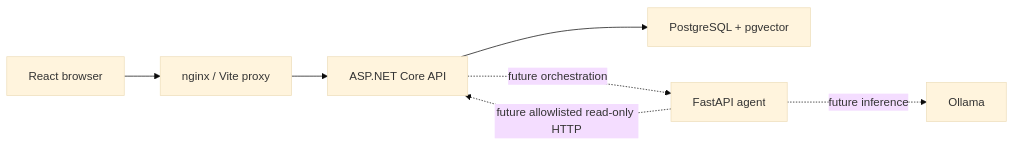
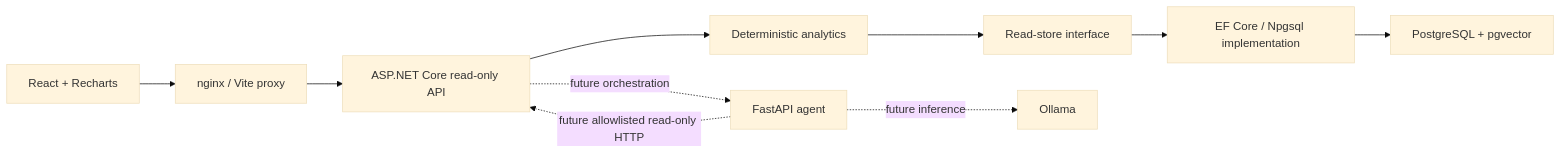
One commit to enming73/ai-manufacturing-assistant changed the diagram in docs/architecture.md. Above: the diagram before and after it, drawn with Mermaid (base theme). The commit also changed other lines of this file and 46 other files, not shown here.

Commit message:
feat: add production analytics API and quality dashboard

````diff
--- a/docs/architecture.md
+++ b/docs/architecture.md
@@ -3,9 +3,12 @@
 ```mermaid
 flowchart LR
-    Browser[React browser] --> Proxy[nginx / Vite proxy]
-    Proxy --> API[ASP.NET Core API]
-    API --> PostgreSQL[PostgreSQL + pgvector]
+    Browser[React + Recharts] --> Proxy[nginx / Vite proxy]
+    Proxy --> API[ASP.NET Core read-only API]
+    API --> Application[Deterministic analytics]
+    Application --> Store[Read-store interface]
+    Store --> EF[EF Core / Npgsql implementation]
+    EF --> PostgreSQL[PostgreSQL + pgvector]
     API -. future orchestration .-> Agent[FastAPI agent]
     Agent -. future allowlisted read-only HTTP .-> API
     Agent -. future inference .-> Ollama
 ```
````
